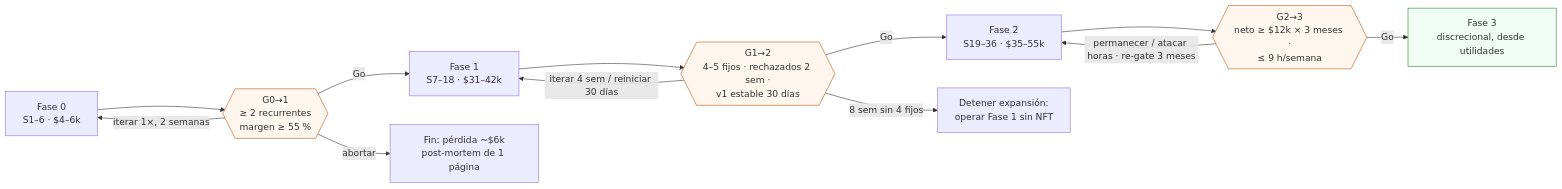
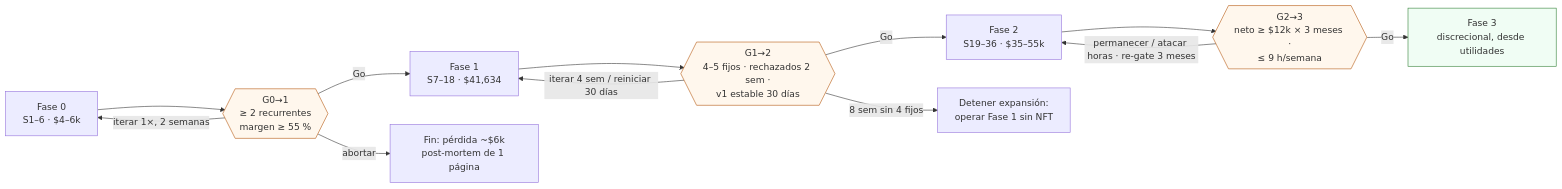
One commit to AndresIslas99/HomeGreen changed the diagram in docs/validacion/gates.md. Above: the diagram before and after it, drawn with Mermaid. The commit also changed 16 other files, not shown here.

````diff
--- a/docs/validacion/gates.md
+++ b/docs/validacion/gates.md
@@ -23,18 +23,18 @@
 ```mermaid
 flowchart LR
     F0["Fase 0<br/>S1–6 · $4–6k"] --> G01{{"G0→1<br/>≥ 2 recurrentes<br/>margen ≥ 55 %"}}
-    G01 -- "Go" --> F1["Fase 1<br/>S7–18 · $31–42k"]
+    G01 -- "Go" --> F1["Fase 1<br/>S7–18 · $41,634"]
     G01 -- "iterar 1×, 2 semanas" --> F0
     G01 -- "abortar" --> X0["Fin: pérdida ~$6k<br/>post-mortem de 1 página"]
     F1 --> G12{{"G1→2<br/>4–5 fijos · rechazados 2 sem ·<br/>v1 estable 30 días"}}
     G12 -- "Go" --> F2["Fase 2<br/>S19–36 · $35–55k"]
     G12 -- "iterar 4 sem / reiniciar 30 días" --> F1
     G12 -- "8 sem sin 4 fijos" --> X1["Detener expansión:<br/>operar Fase 1 sin NFT"]
     F2 --> G23{{"G2→3<br/>neto ≥ $12k × 3 meses ·<br/>≤ 9 h/semana"}}
     G23 -- "Go" --> F3["Fase 3<br/>discrecional, desde utilidades"]
     G23 -- "permanecer / atacar horas · re-gate 3 meses" --> F2
     style G01 fill:#fff7ed,stroke:#b45309
     style G12 fill:#fff7ed,stroke:#b45309
     style G23 fill:#fff7ed,stroke:#b45309
     style F3 fill:#f0fdf4,stroke:#2e7d32
 ```
````
